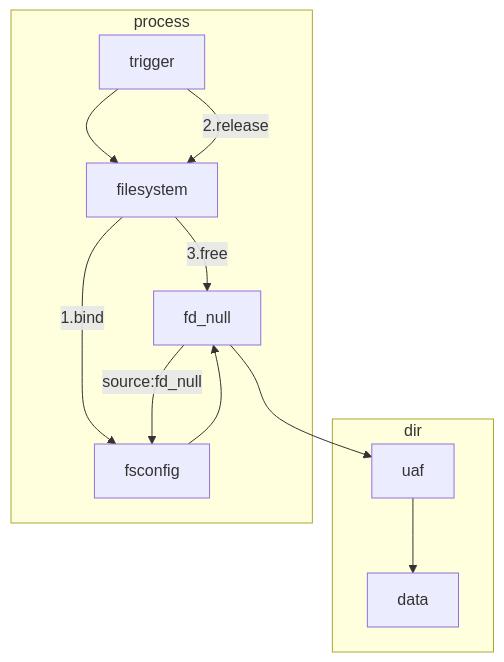
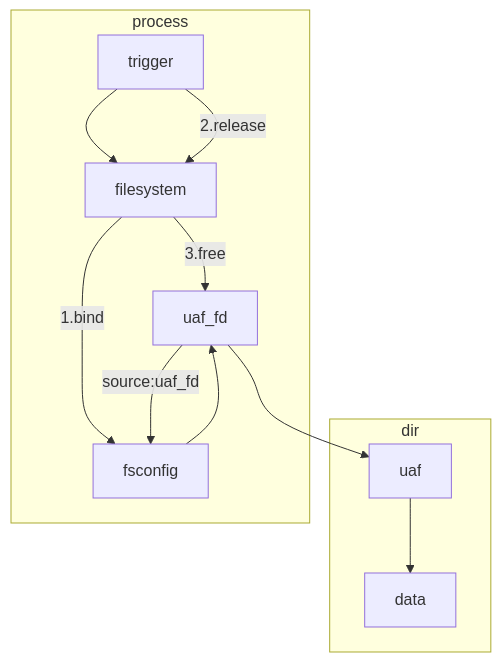
Before and after one commit to CheUhxg/FuzzNote: the second of 2 diagrams in CVE/CVE-2021-4154/cve.md, drawn with Mermaid.

Commit message:
modify fd_null to uaf_fd

````diff
--- a/CVE/CVE-2021-4154/cve.md
+++ b/CVE/CVE-2021-4154/cve.md
@@ -122,15 +122,15 @@
 ```mermaid
 graph TB
     subgraph dir
         uaf[uaf]-->data[data]
     end
     subgraph process
-        fd_null[fd_null]-->uaf
+        uaf_fd[uaf_fd]-->uaf
         tri[trigger]-->fs[filesystem]
         fs--1.bind-->fsc[fsconfig]
-        fsc-->fd_null
-        fd_null--source:fd_null-->fsc
+        fsc-->uaf_fd
+        uaf_fd--source:uaf_fd-->fsc
         tri--2.release-->fs
-        fs--3.free-->fd_null
+        fs--3.free-->uaf_fd
     end
 ```
````
